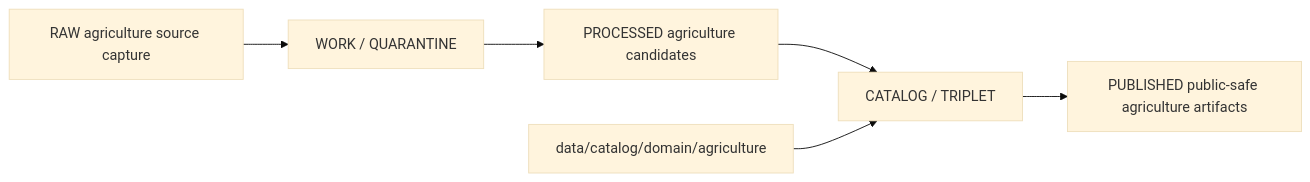
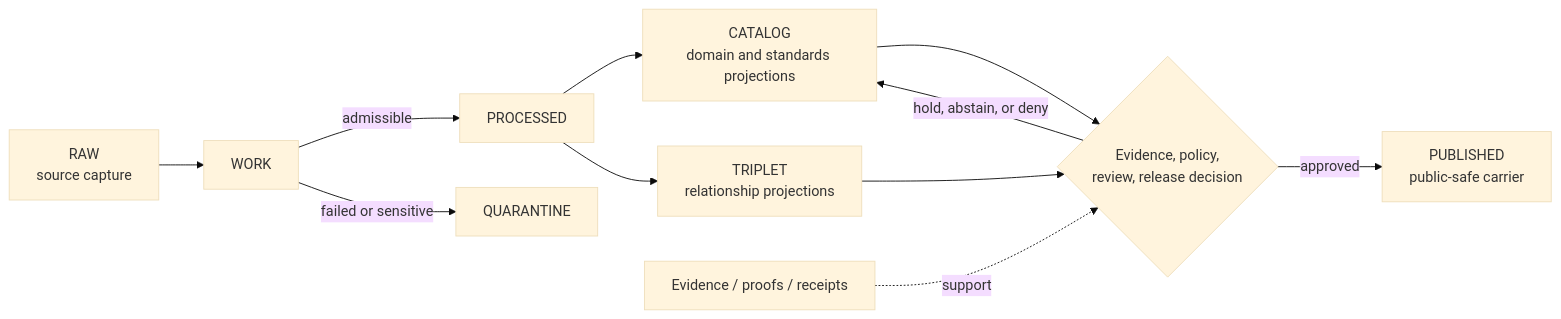
Before and after one commit to bartytime4life/Kansas-Frontier-Matrix: the diagram in data/catalog/domain/agriculture/README.md, drawn with Mermaid (base theme). The commit also changed other lines of this file, not shown here.

Commit message:
Modernize Agriculture domain catalog README

````diff
--- a/data/catalog/domain/agriculture/README.md
+++ b/data/catalog/domain/agriculture/README.md
@@ -70,8 +84,13 @@
-```mermaid
+~~~mermaid
 flowchart LR
-  RAW[RAW agriculture source capture] --> WORK[WORK / QUARANTINE]
-  WORK --> PROCESSED[PROCESSED agriculture candidates]
-  PROCESSED --> CATALOG[CATALOG / TRIPLET]
-  CATALOG --> PUBLISHED[PUBLISHED public-safe agriculture artifacts]
-  DOMAIN[data/catalog/domain/agriculture] --> CATALOG
-```
+  RAW["RAW<br/>source capture"] --> WORK["WORK"]
+  WORK -->|admissible| PROCESSED["PROCESSED"]
+  WORK -->|failed or sensitive| QUARANTINE["QUARANTINE"]
+  PROCESSED --> CATALOG["CATALOG<br/>domain and standards projections"]
+  PROCESSED --> TRIPLET["TRIPLET<br/>relationship projections"]
+  CATALOG --> REVIEW{"Evidence, policy,<br/>review, release decision"}
+  TRIPLET --> REVIEW
+  PROOFS["Evidence / proofs / receipts"] -. support .-> REVIEW
+  REVIEW -->|approved| PUBLISHED["PUBLISHED<br/>public-safe carrier"]
+  REVIEW -->|hold, abstain, or deny| CATALOG
+~~~
````
